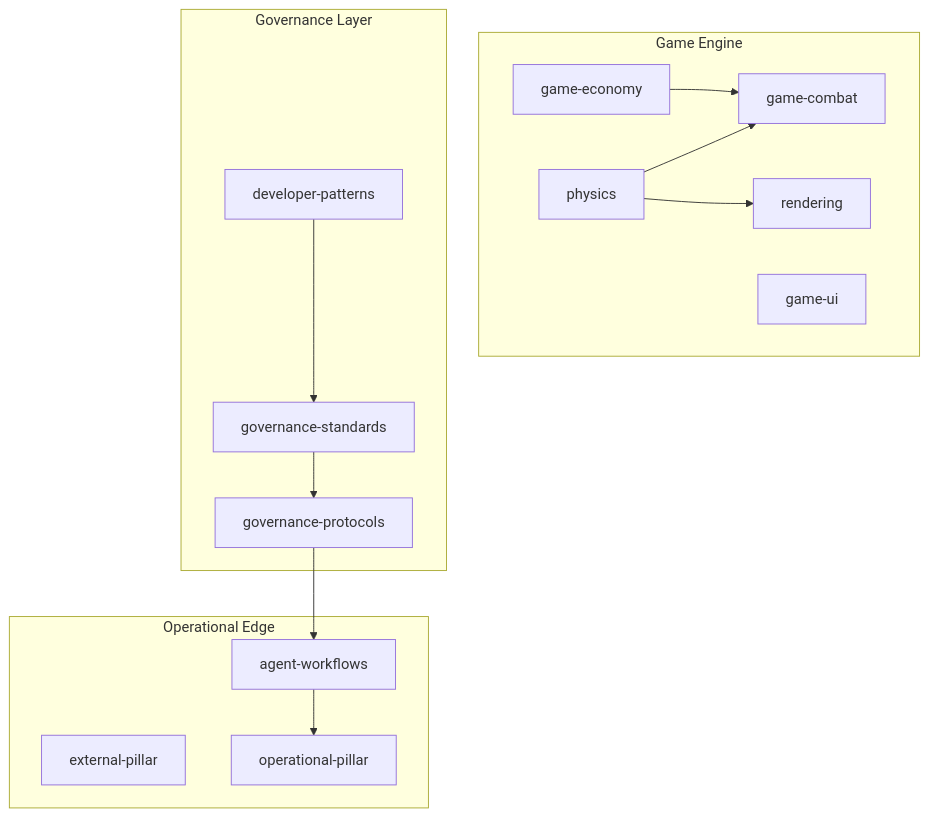
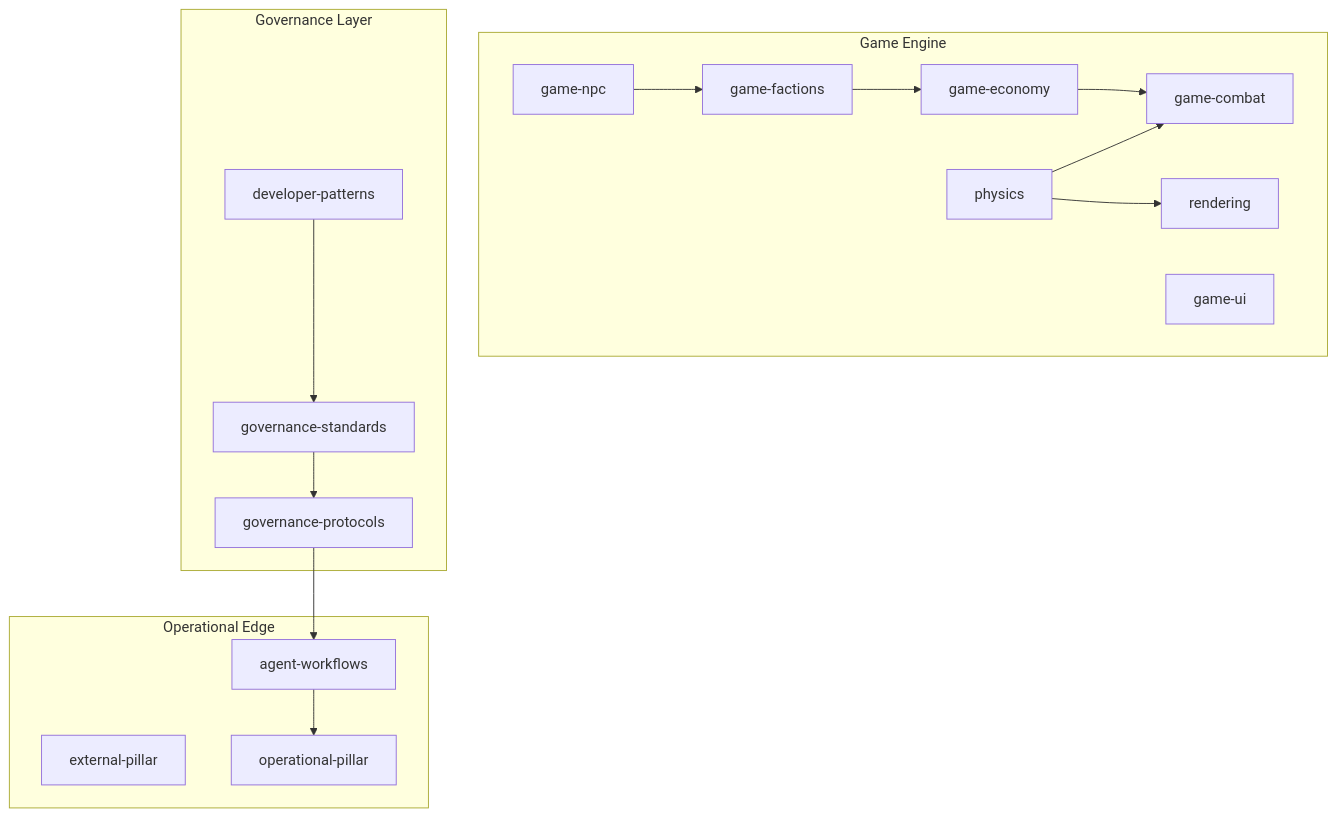
One commit to Gizmo4Life/space-game changed the diagram in docs/architecture/module/readme.md. Above: the diagram before and after it, drawn with Mermaid. The commit also changed other lines of this file and 31 other files, not shown here.

````diff
--- a/docs/architecture/module/readme.md
+++ b/docs/architecture/module/readme.md
@@ -12,28 +12,32 @@
 ```mermaid
 graph TD
     subgraph Game Engine
         Phys[physics]
         Rend[rendering]
         Comb[game-combat]
         Econ[game-economy]
+        Fac[game-factions]
+        NPC[game-npc]
         UI[game-ui]
     end
     subgraph Governance Layer
         Prot[governance-protocols]
         Stan[governance-standards]
         Pat[developer-patterns]
     end
     subgraph Operational Edge
         Work[agent-workflows]
         Ext[external-pillar]
         Ops[operational-pillar]
     end
 
     Phys --> Comb
     Phys --> Rend
     Econ --> Comb
+    Fac --> Econ
+    NPC --> Fac
     Pat --> Stan
     Stan --> Prot
     Prot --> Work
     Work --> Ops
 ```
````
